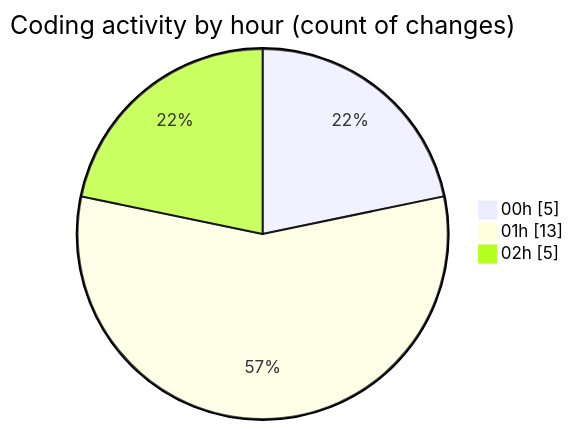
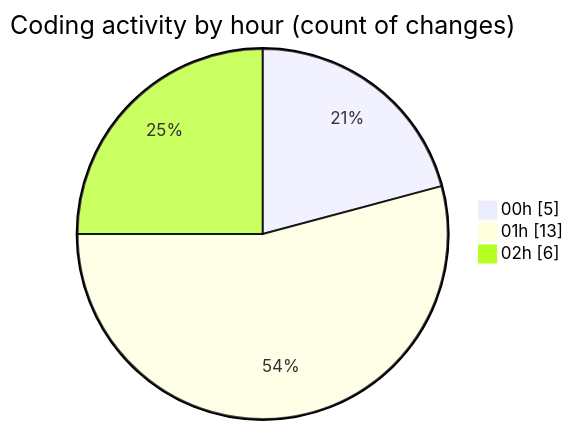
One commit to shibass792/code-tracking changed the second of 2 diagrams in 2026-07-14/shibass-ai/README.md. Above: the diagram before and after it, drawn with Mermaid. The commit also changed other lines of this file and 1 other file, not shown here.

````diff
--- a/2026-07-14/shibass-ai/README.md
+++ b/2026-07-14/shibass-ai/README.md
@@ -37,7 +39,7 @@
 ```mermaid
 pie showData
 title Coding activity by hour (count of changes)
 "00h" : 5
 "01h" : 13
-"02h" : 5
+"02h" : 6
 ```
````
